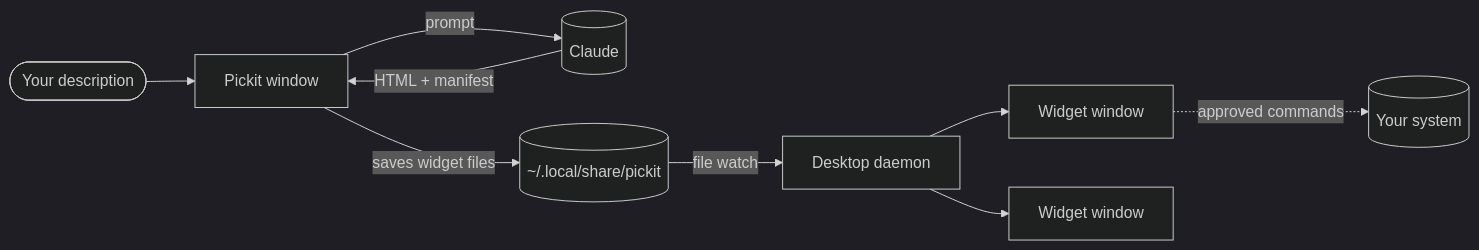
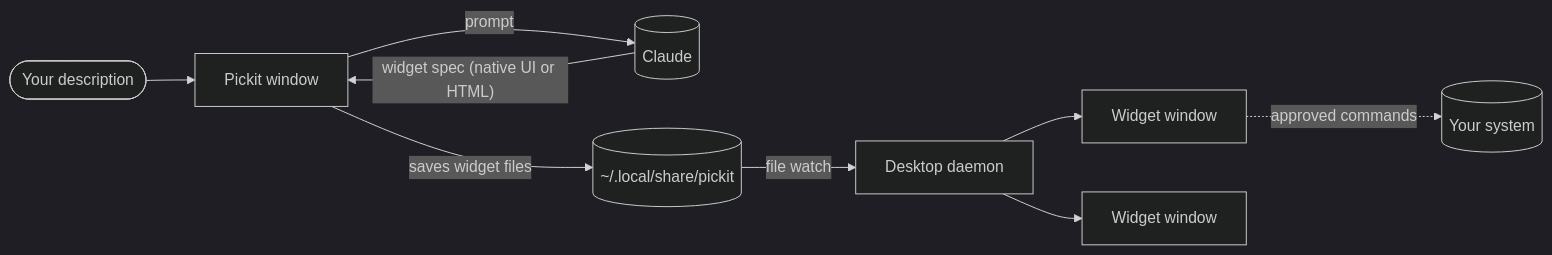
Before and after one commit to dengo07/pickit: the diagram in README.md, drawn with Mermaid (dark theme). The commit also changed other lines of this file and 32 other files, not shown here.

````diff
--- a/README.md
+++ b/README.md
@@ -96,11 +97,11 @@
 ```mermaid
 flowchart LR
   you([Your description]) --> maker[Pickit window]
   maker -- prompt --> claude[(Claude)]
-  claude -- "HTML + manifest" --> maker
+  claude -- "widget spec (native UI or HTML)" --> maker
   maker -- "saves widget files" --> store[("~/.local/share/pickit")]
   store -- "file watch" --> daemon[Desktop daemon]
   daemon --> w1[Widget window]
   daemon --> w2[Widget window]
   w1 -. "approved commands" .-> host[(Your system)]
 ```
````
